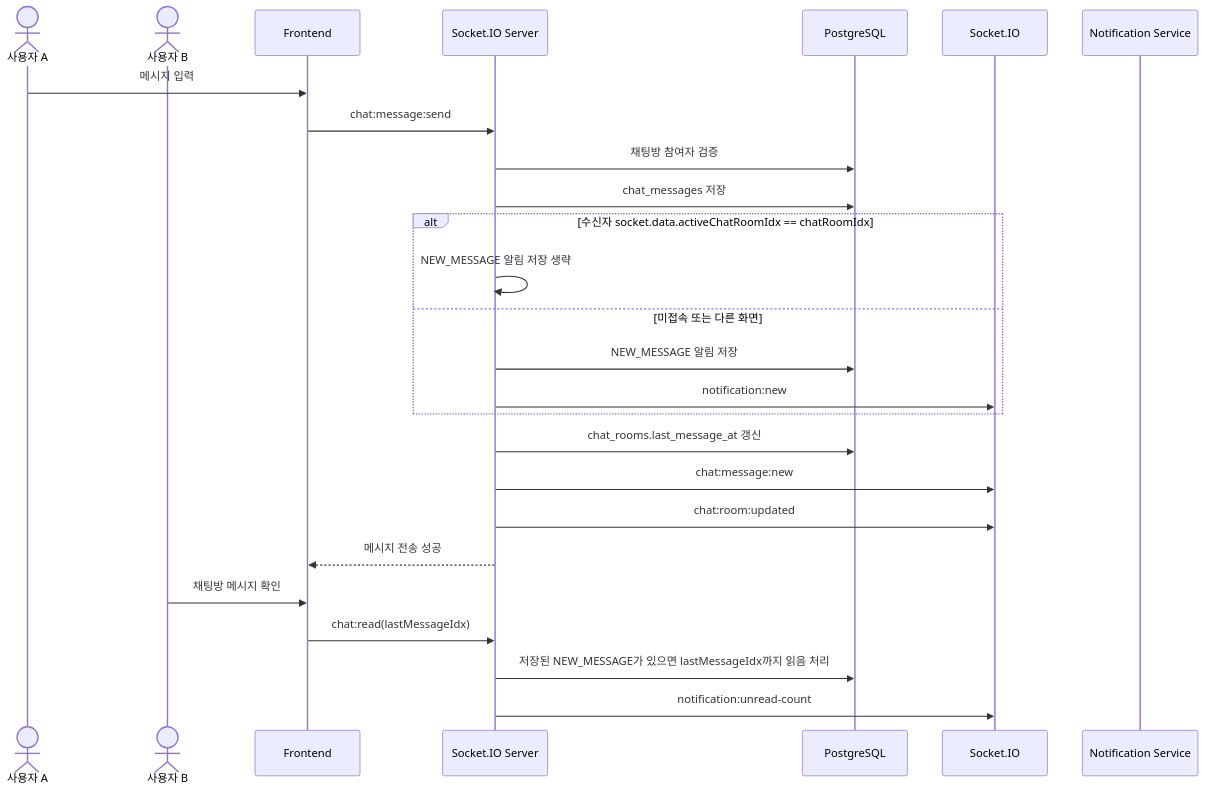
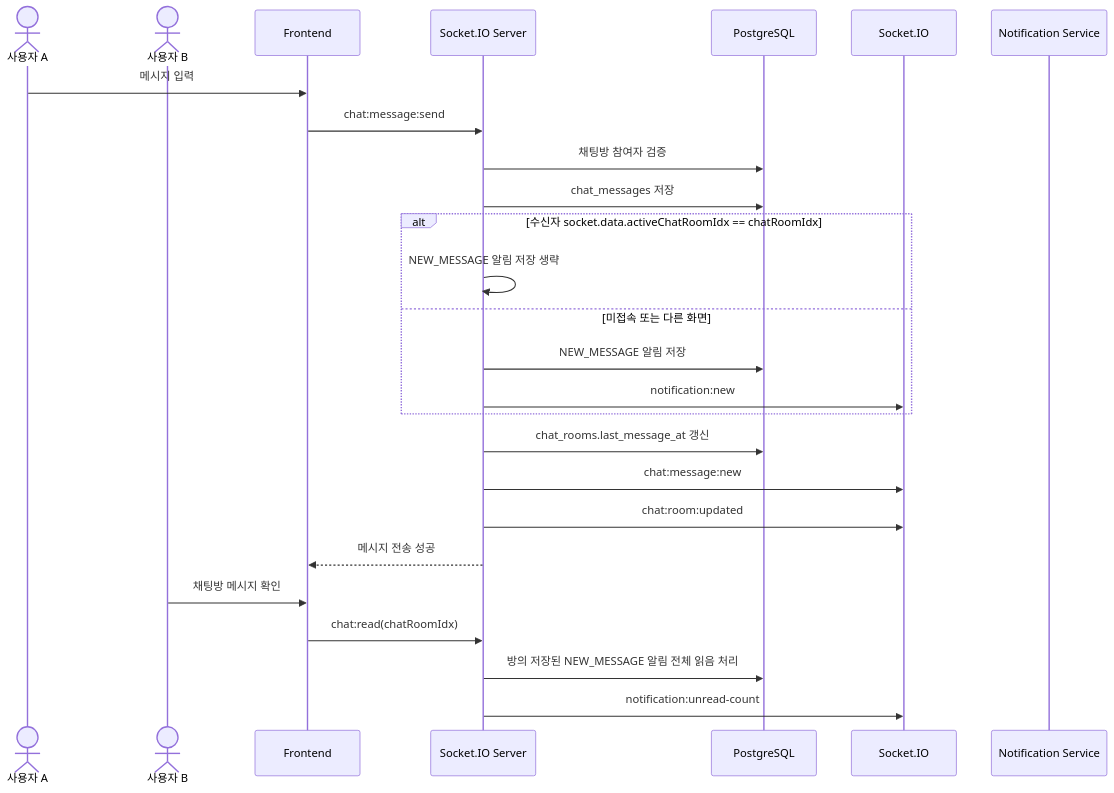
The diagram in docs/Potato-Land-Docs/04. 다이어그램/E-01 채팅 알림 시퀀스.md (hurwan0629/potato-land), drawn with Mermaid before and after one commit. The commit also changed 44 other files, not shown here.

````diff
--- a/docs/Potato-Land-Docs/04. 다이어그램/E-01 채팅 알림 시퀀스.md
+++ b/docs/Potato-Land-Docs/04. 다이어그램/E-01 채팅 알림 시퀀스.md
@@ -3,30 +3,30 @@
 ```mermaid
 sequenceDiagram
     actor A as 사용자 A
     actor B as 사용자 B
     participant F as Frontend
     participant S as Socket.IO Server
     participant D as PostgreSQL
     participant IO as Socket.IO
     participant N as Notification Service
 
     A->>F: 메시지 입력
     F->>S: chat:message:send
     S->>D: 채팅방 참여자 검증
     S->>D: chat_messages 저장
     alt 수신자 socket.data.activeChatRoomIdx == chatRoomIdx
         S->>S: NEW_MESSAGE 알림 저장 생략
     else 미접속 또는 다른 화면
         S->>D: NEW_MESSAGE 알림 저장
         S->>IO: notification:new
     end
     S->>D: chat_rooms.last_message_at 갱신
     S->>IO: chat:message:new
     S->>IO: chat:room:updated
     S-->>F: 메시지 전송 성공
 
     B->>F: 채팅방 메시지 확인
-    F->>S: chat:read(lastMessageIdx)
-    S->>D: 저장된 NEW_MESSAGE가 있으면 lastMessageIdx까지 읽음 처리
+    F->>S: chat:read(chatRoomIdx)
+    S->>D: 방의 저장된 NEW_MESSAGE 알림 전체 읽음 처리
     S->>IO: notification:unread-count
 ```
````
